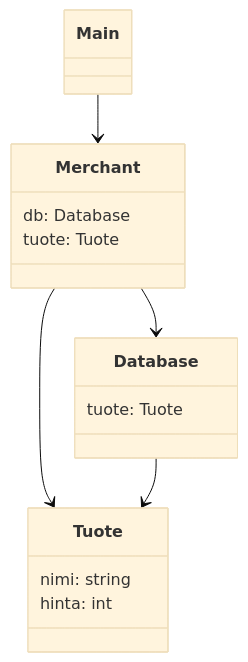
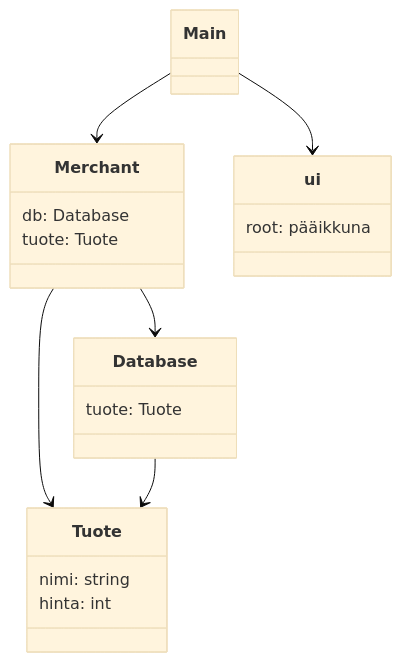
Before and after one commit to Yahimoh/ot-harjoitustyo: the first of 2 diagrams in Dokumentaatio/arkkitehtuuri.md, drawn with Mermaid (base theme). The commit also changed other lines of this file, not shown here.

````diff
--- a/Dokumentaatio/arkkitehtuuri.md
+++ b/Dokumentaatio/arkkitehtuuri.md
@@ -3,28 +7,33 @@
 ```mermaid
  classDiagram
  
       Main --> Merchant
+      Main --> ui
  
       Merchant --> Database
       Merchant --> Tuote
  
       Database --> Tuote
       
       class Main{
       
+      }
+      
+      class ui{
+      root: pääikkuna
       }
       
       class Merchant{
       db: Database
       tuote: Tuote
       }
       
       class Database{
       tuote: Tuote
       }
       
       class Tuote {
       nimi: string
       hinta: int
       }  
 ```
````
